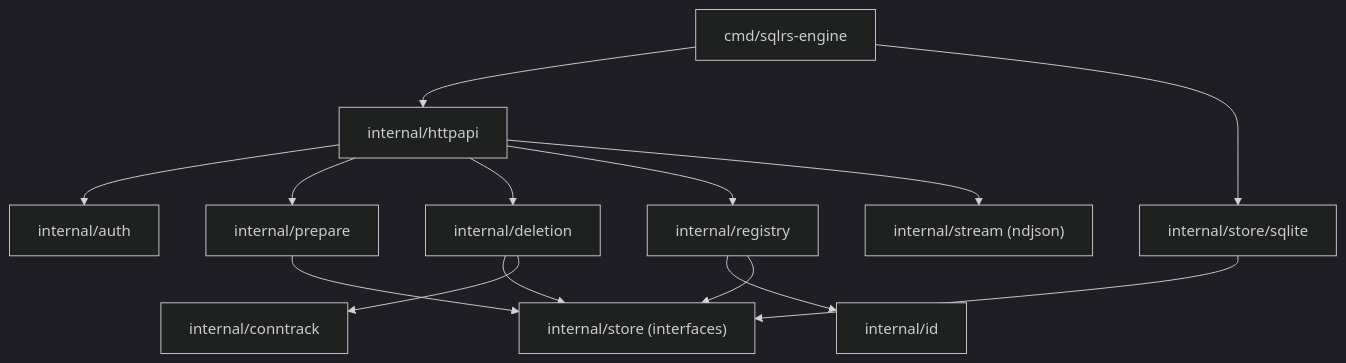
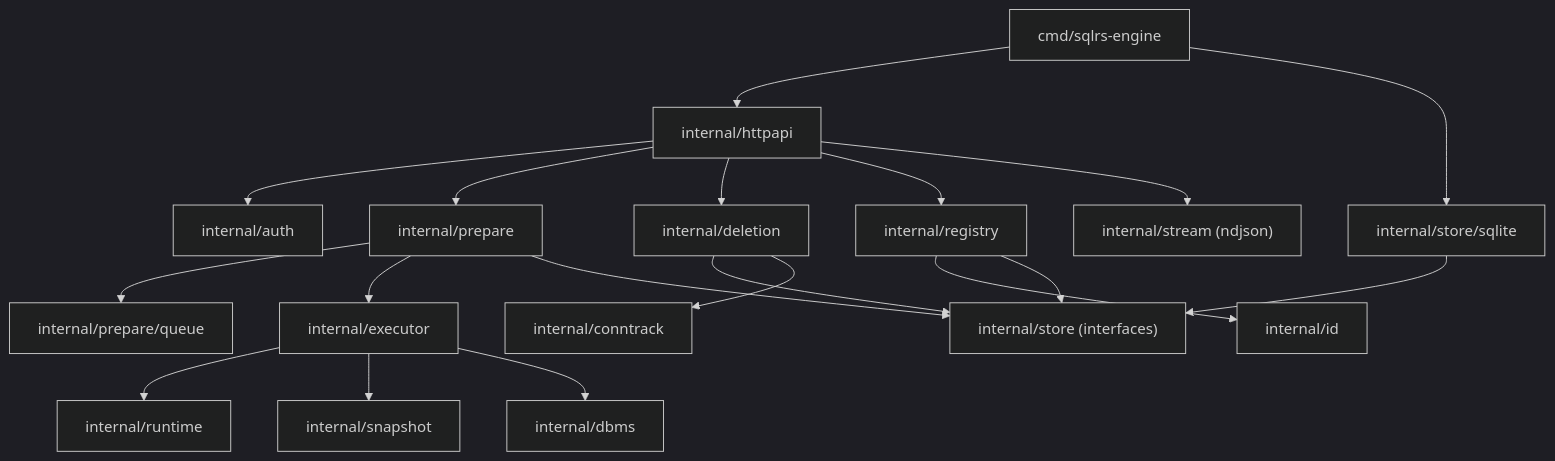
One commit to kimak-irmagi/taidon changed the diagram in docs/architecture/local-engine-component-structure.RU.md. Above: the diagram before and after it, drawn with Mermaid (dark theme). The commit also changed other lines of this file and 6 other files, not shown here.

````diff
--- a/docs/architecture/local-engine-component-structure.RU.md
+++ b/docs/architecture/local-engine-component-structure.RU.md
@@ -73,28 +91,38 @@
 ```mermaid
 flowchart TD
   CMD["cmd/sqlrs-engine"]
   HTTP["internal/httpapi"]
   PREP["internal/prepare"]
+  QUEUE["internal/prepare/queue"]
+  EXEC["internal/executor"]
+  RT["internal/runtime"]
+  SNAP["internal/snapshot"]
+  DBMS["internal/dbms"]
   DEL["internal/deletion"]
   CONN["internal/conntrack"]
   AUTH["internal/auth"]
   REG["internal/registry"]
   ID["internal/id"]
   STORE["internal/store (interfaces)"]
   SQLITE["internal/store/sqlite"]
   STREAM["internal/stream (ndjson)"]
 
   CMD --> HTTP
   CMD --> SQLITE
   HTTP --> AUTH
   HTTP --> PREP
   HTTP --> DEL
   HTTP --> REG
   HTTP --> STREAM
+  PREP --> QUEUE
+  PREP --> EXEC
+  EXEC --> RT
+  EXEC --> SNAP
+  EXEC --> DBMS
   DEL --> STORE
   DEL --> CONN
   PREP --> STORE
   REG --> ID
   REG --> STORE
   SQLITE --> STORE
 ```
````
